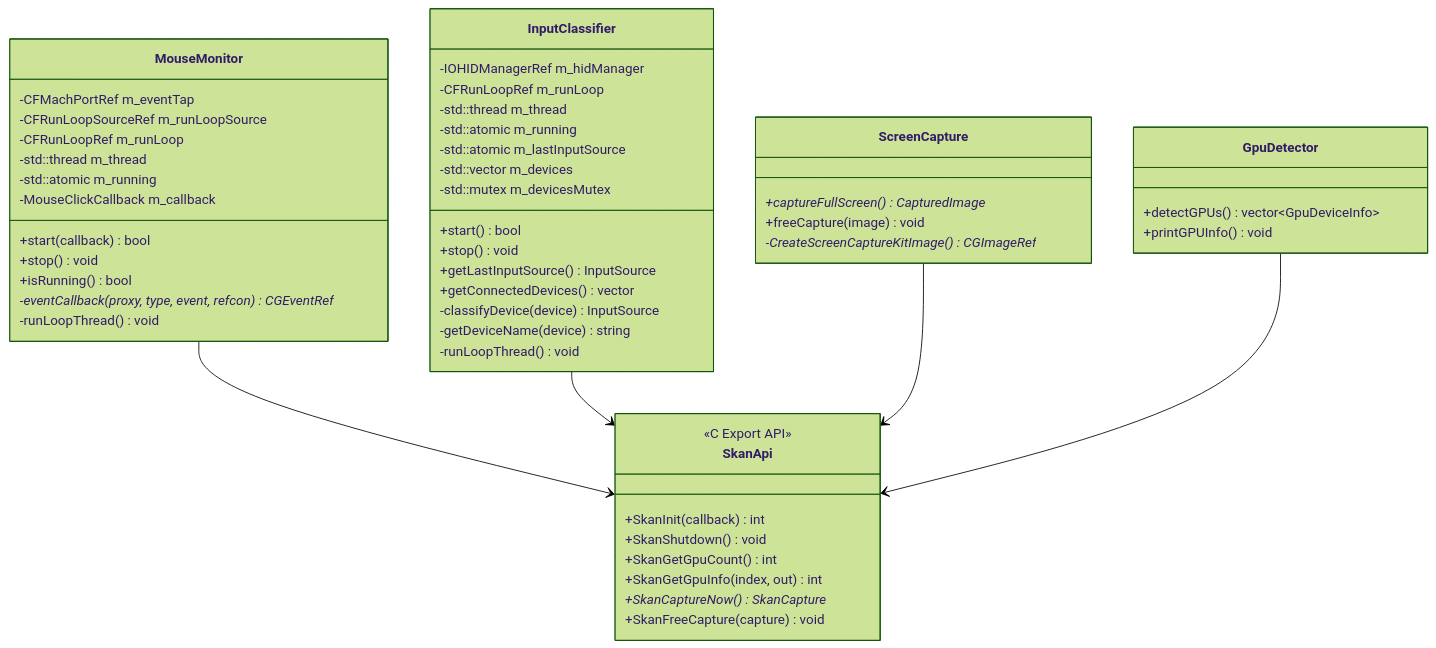
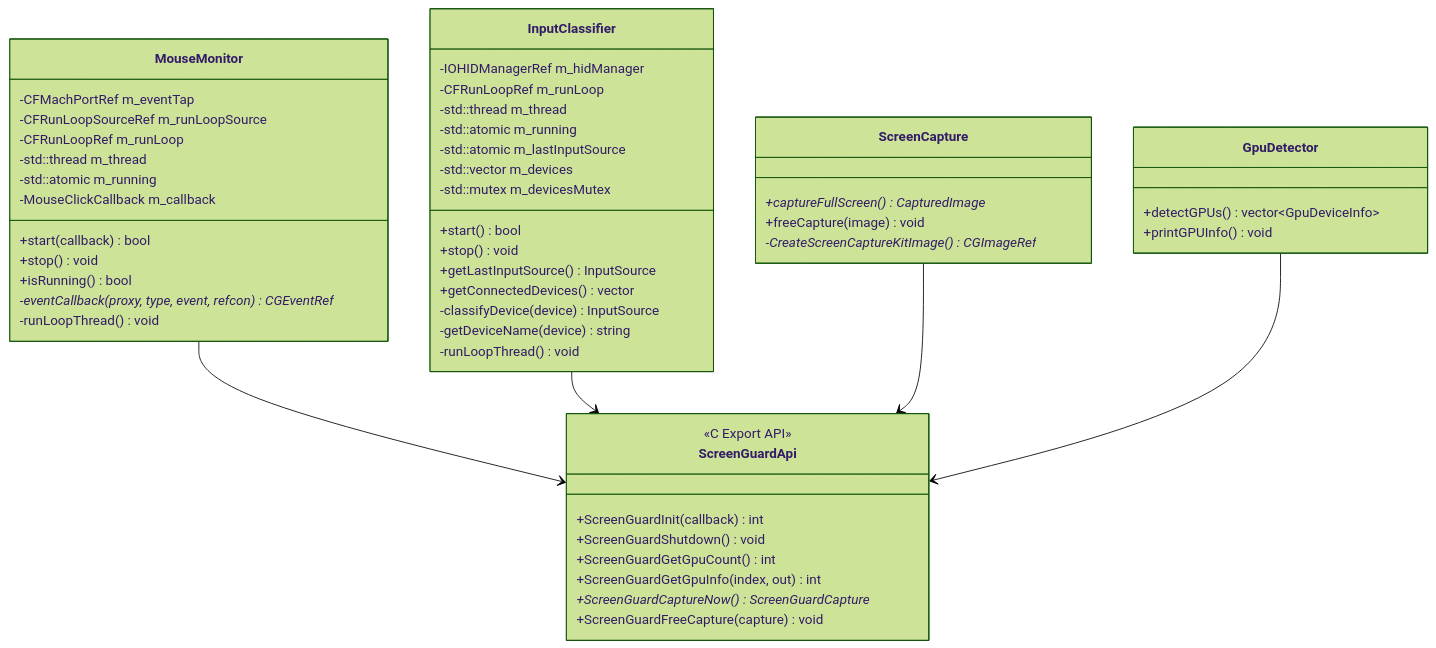
The first of 2 diagrams in docs/LLD.md (Deeps72-ux/screenguard-pii-masker), drawn with Mermaid (forest theme) before and after one commit. The commit also changed other lines of this file and 30 other files, not shown here.

Commit message:
refactor: rename all APIs, classes, and namespaces to ScreenGuard, removing legacy names

````diff
--- a/docs/LLD.md
+++ b/docs/LLD.md
@@ -6,59 +6,59 @@
 ```mermaid
 classDiagram
     class MouseMonitor {
         -CFMachPortRef m_eventTap
         -CFRunLoopSourceRef m_runLoopSource
         -CFRunLoopRef m_runLoop
         -std::thread m_thread
         -std::atomic<bool> m_running
         -MouseClickCallback m_callback
         +start(callback) bool
         +stop() void
         +isRunning() bool
         -eventCallback(proxy, type, event, refcon)* CGEventRef
         -runLoopThread() void
     }
 
     class InputClassifier {
         -IOHIDManagerRef m_hidManager
         -CFRunLoopRef m_runLoop
         -std::thread m_thread
         -std::atomic<bool> m_running
         -std::atomic<InputSource> m_lastInputSource
         -std::vector<HIDDeviceInfo> m_devices
         -std::mutex m_devicesMutex
         +start() bool
         +stop() void
         +getLastInputSource() InputSource
         +getConnectedDevices() vector
         -classifyDevice(device) InputSource
         -getDeviceName(device) string
         -runLoopThread() void
     }
 
     class ScreenCapture {
         +captureFullScreen() CapturedImage*
         +freeCapture(image) void
         -CreateScreenCaptureKitImage()* CGImageRef
     }
 
     class GpuDetector {
         +detectGPUs() vector~GpuDeviceInfo~
         +printGPUInfo() void
     }
 
-    class SkanApi {
+    class ScreenGuardApi {
         <<C Export API>>
-        +SkanInit(callback) int
-        +SkanShutdown() void
-        +SkanGetGpuCount() int
-        +SkanGetGpuInfo(index, out) int
-        +SkanCaptureNow() SkanCapture*
-        +SkanFreeCapture(capture) void
+        +ScreenGuardInit(callback) int
+        +ScreenGuardShutdown() void
+        +ScreenGuardGetGpuCount() int
+        +ScreenGuardGetGpuInfo(index, out) int
+        +ScreenGuardCaptureNow() ScreenGuardCapture*
+        +ScreenGuardFreeCapture(capture) void
     }
 
-    MouseMonitor --> SkanApi
-    InputClassifier --> SkanApi
-    ScreenCapture --> SkanApi
-    GpuDetector --> SkanApi
+    MouseMonitor --> ScreenGuardApi
+    InputClassifier --> ScreenGuardApi
+    ScreenCapture --> ScreenGuardApi
+    GpuDetector --> ScreenGuardApi
 ```
````
